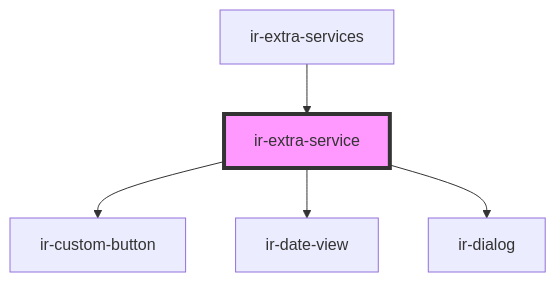
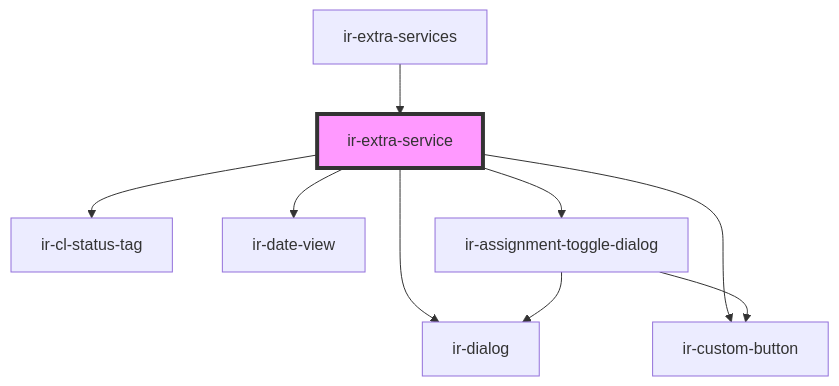
Before and after one commit to RonyRizk/ir-webcmp: the diagram in src/components/ir-booking-details/ir-extra-services/ir-extra-service/readme.md, drawn with Mermaid. The commit also changed other lines of this file and 586 other files, not shown here.

````diff
--- a/src/components/ir-booking-details/ir-extra-services/ir-extra-service/readme.md
+++ b/src/components/ir-booking-details/ir-extra-services/ir-extra-service/readme.md
@@ -38,8 +45,12 @@
 ```mermaid
 graph TD;
+  ir-extra-service --> ir-cl-status-tag
+  ir-extra-service --> ir-date-view
+  ir-extra-service --> ir-assignment-toggle-dialog
+  ir-extra-service --> ir-dialog
   ir-extra-service --> ir-custom-button
-  ir-extra-service --> ir-date-view
-  ir-extra-service --> ir-dialog
+  ir-assignment-toggle-dialog --> ir-dialog
+  ir-assignment-toggle-dialog --> ir-custom-button
   ir-extra-services --> ir-extra-service
   style ir-extra-service fill:#f9f,stroke:#333,stroke-width:4px
 ```
````
